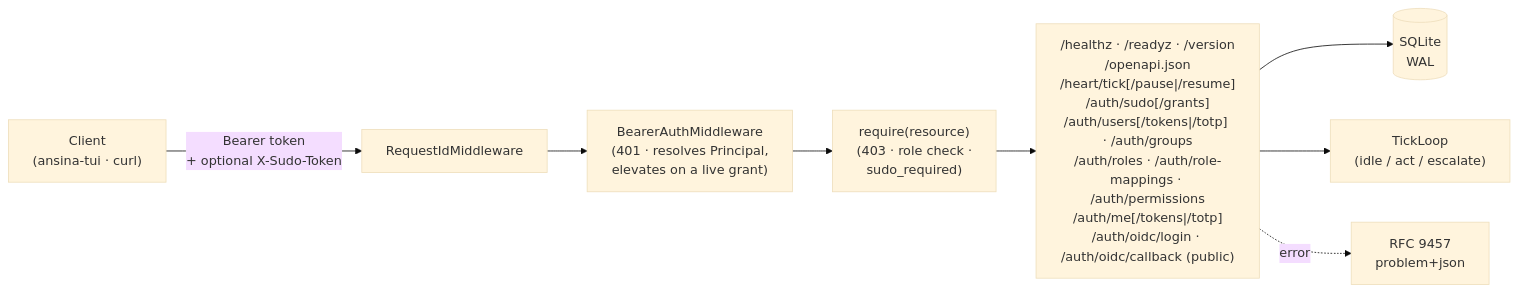
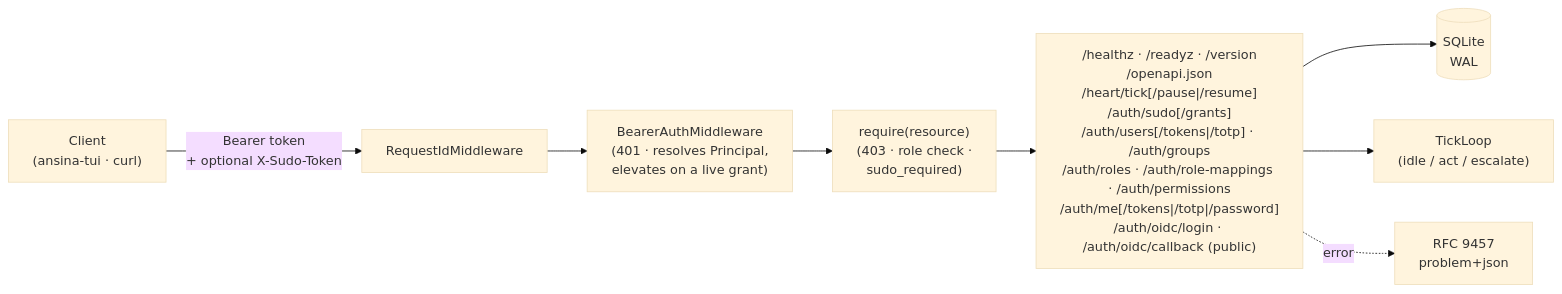
One commit to giacchetta/ansina changed the first of 2 diagrams in README.md. Above: the diagram before and after it, drawn with Mermaid (base theme). The commit also changed other lines of this file and 15 other files, not shown here.

Commit message:
feat: Password policy and self-service password change (PUT /auth/me/password)

````diff
--- a/README.md
+++ b/README.md
@@ -9,10 +9,10 @@
 ```mermaid
 flowchart LR
     Client["Client<br/>(ansina-tui · curl)"] -->|Bearer token<br/>+ optional X-Sudo-Token| MW["RequestIdMiddleware"]
     MW --> Auth["BearerAuthMiddleware<br/>(401 · resolves Principal,<br/>elevates on a live grant)"]
     Auth --> Authz["require(resource)<br/>(403 · role check ·<br/>sudo_required)"]
-    Authz --> Routes["/healthz · /readyz · /version<br/>/openapi.json<br/>/heart/tick[/pause|/resume]<br/>/auth/sudo[/grants]<br/>/auth/users[/tokens|/totp] · /auth/groups<br/>/auth/roles · /auth/role-mappings · /auth/permissions<br/>/auth/me[/tokens|/totp]<br/>/auth/oidc/login · /auth/oidc/callback (public)"]
+    Authz --> Routes["/healthz · /readyz · /version<br/>/openapi.json<br/>/heart/tick[/pause|/resume]<br/>/auth/sudo[/grants]<br/>/auth/users[/tokens|/totp] · /auth/groups<br/>/auth/roles · /auth/role-mappings · /auth/permissions<br/>/auth/me[/tokens|/totp|/password]<br/>/auth/oidc/login · /auth/oidc/callback (public)"]
     Routes --> DB[("SQLite<br/>WAL")]
     Routes --> Tick["TickLoop<br/>(idle / act / escalate)"]
     Routes -.error.-> Problem["RFC 9457<br/>problem+json"]
 ```
````
